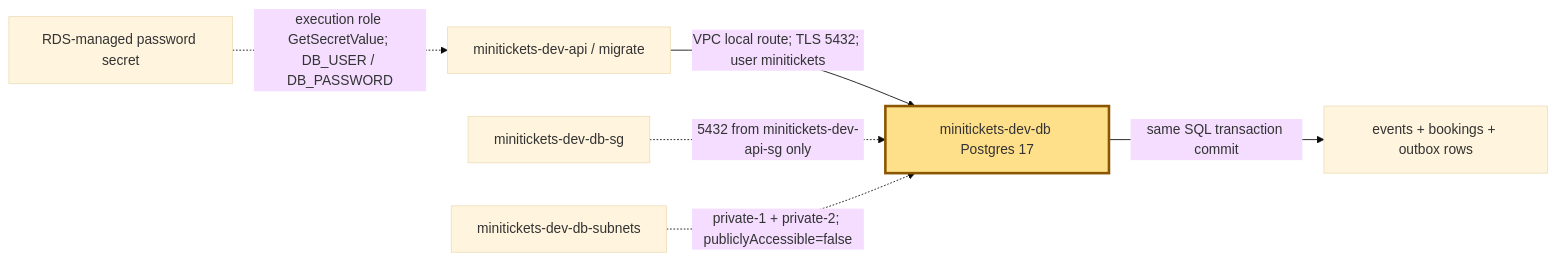
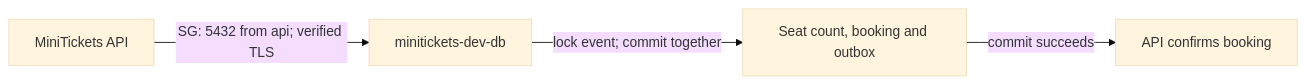
The diagram in docs/handbook/concepts/rds-postgres.md (maheshnd/minitickets), drawn with Mermaid (base theme) before and after one commit. The commit also changed other lines of this file and 39 other files, not shown here.

````diff
--- a/docs/handbook/concepts/rds-postgres.md
+++ b/docs/handbook/concepts/rds-postgres.md
@@ -13,10 +17,6 @@
 ```mermaid
 flowchart LR
-    A["minitickets-dev-api / migrate"] -->|"VPC local route; TLS 5432; user minitickets"| D["minitickets-dev-db Postgres 17"]
-    SG["minitickets-dev-db-sg"] -.->|"5432 from minitickets-dev-api-sg only"| D
-    N["minitickets-dev-db-subnets"] -.->|"private-1 + private-2; publiclyAccessible=false"| D
-    S["RDS-managed password secret"] -.->|"execution role GetSecretValue; DB_USER / DB_PASSWORD"| A
-    D -->|"same SQL transaction commit"| B["events + bookings + outbox rows"]
-    classDef focus fill:#ffe08a,stroke:#8a5700,stroke-width:3px
-    class D focus
+    api["MiniTickets API"] -->|"SG: 5432 from api; verified TLS"| db["minitickets-dev-db"]
+    db -->|"lock event; commit together"| saved["Seat count, booking and outbox"]
+    saved -->|"commit succeeds"| answer["API confirms booking"]
 ```
````
